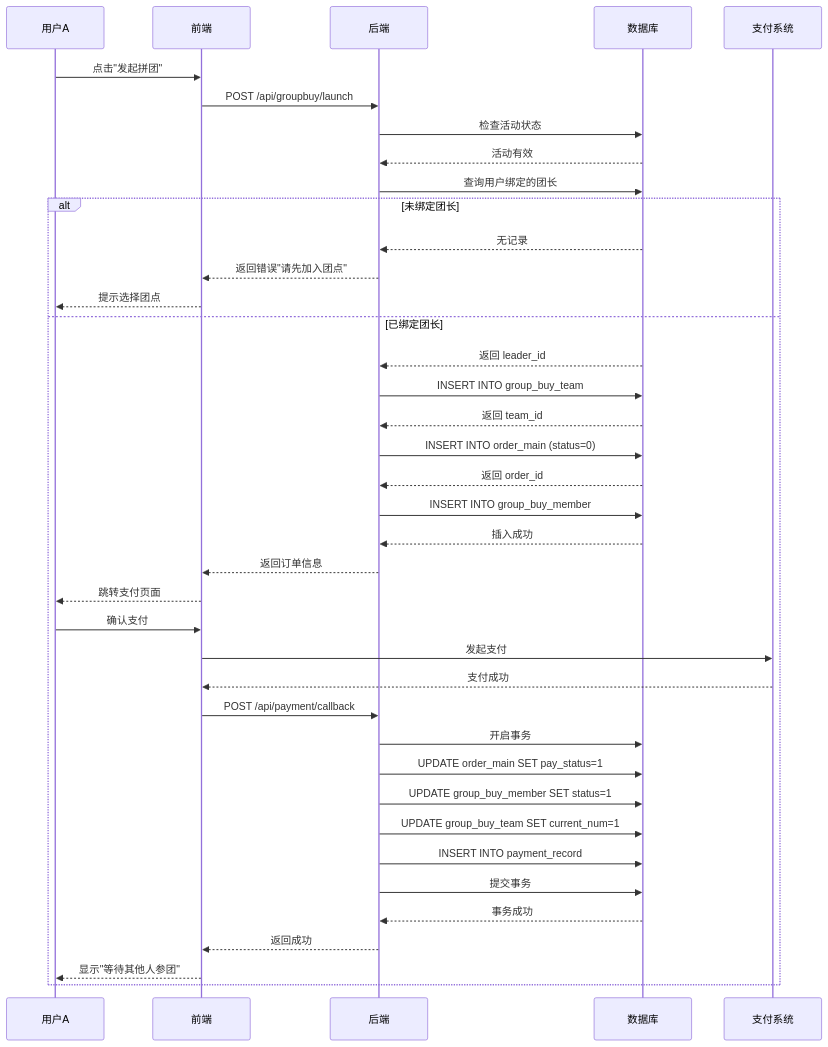
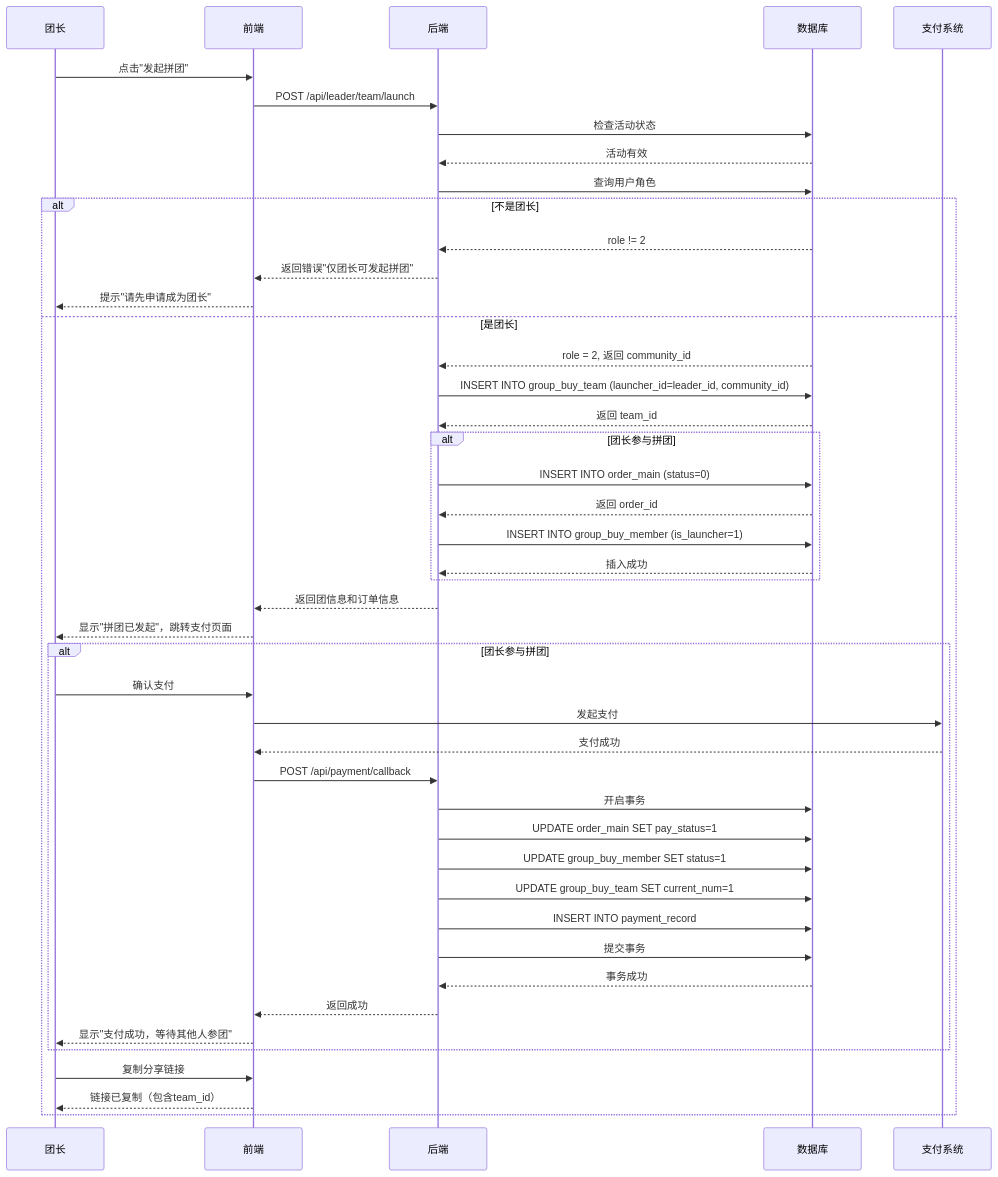
Before and after one commit to gkr185/BYSJ-gkr: the third of 10 diagrams in docs/社区团购系统/二级文档（参考）/拼团逻辑优化方案.md, drawn with Mermaid. The commit also changed other lines of this file and 34 other files, not shown here.

````diff
--- a/docs/社区团购系统/二级文档（参考）/拼团逻辑优化方案.md
+++ b/docs/社区团购系统/二级文档（参考）/拼团逻辑优化方案.md
@@ -520,58 +618,65 @@
 ```mermaid
 sequenceDiagram
-    participant U as 用户A
+    participant L as 团长
     participant F as 前端
     participant B as 后端
     participant DB as 数据库
     participant Pay as 支付系统
     
-    U->>F: 点击"发起拼团"
-    F->>B: POST /api/groupbuy/launch
+    L->>F: 点击"发起拼团"
+    F->>B: POST /api/leader/team/launch
     
     %% Step 1: 检查活动有效性
     B->>DB: 检查活动状态
     DB-->>B: 活动有效
     
-    %% Step 2: 检查用户团长绑定
-    B->>DB: 查询用户绑定的团长
-    alt 未绑定团长
-        DB-->>B: 无记录
-        B-->>F: 返回错误"请先加入团点"
-        F-->>U: 提示选择团点
-    else 已绑定团长
-        DB-->>B: 返回 leader_id
+    %% Step 2: 验证发起人是团长（v3.0新增）
+    B->>DB: 查询用户角色
+    alt 不是团长
+        DB-->>B: role != 2
+        B-->>F: 返回错误"仅团长可发起拼团"
+        F-->>L: 提示"请先申请成为团长"
+    else 是团长
+        DB-->>B: role = 2, 返回 community_id
         
-        %% Step 3: 创建团实例
-        B->>DB: INSERT INTO group_buy_team
+        %% Step 3: 创建团实例（自动关联社区）
+        B->>DB: INSERT INTO group_buy_team (launcher_id=leader_id, community_id)
         DB-->>B: 返回 team_id
         
-        %% Step 4: 创建订单
-        B->>DB: INSERT INTO order_main (status=0)
-        DB-->>B: 返回 order_id
+        %% Step 4: 创建订单（如果团长参与）
+        alt 团长参与拼团
+            B->>DB: INSERT INTO order_main (status=0)
+            DB-->>B: 返回 order_id
+            
+            %% Step 5: 记录参团
+            B->>DB: INSERT INTO group_buy_member (is_launcher=1)
+            DB-->>B: 插入成功
+        end
         
-        %% Step 5: 记录参团
-        B->>DB: INSERT INTO group_buy_member
-        DB-->>B: 插入成功
+        B-->>F: 返回团信息和订单信息
+        F-->>L: 显示"拼团已发起"，跳转支付页面
         
-        B-->>F: 返回订单信息
-        F-->>U: 跳转支付页面
+        alt 团长参与拼团
+            %% Step 6: 团长支付
+            L->>F: 确认支付
+            F->>Pay: 发起支付
+            Pay-->>F: 支付成功
+            F->>B: POST /api/payment/callback
+            
+            %% Step 7: 更新订单和参团状态
+            B->>DB: 开启事务
+            B->>DB: UPDATE order_main SET pay_status=1
+            B->>DB: UPDATE group_buy_member SET status=1
+            B->>DB: UPDATE group_buy_team SET current_num=1
+            B->>DB: INSERT INTO payment_record
+            B->>DB: 提交事务
+            DB-->>B: 事务成功
+            
+            B-->>F: 返回成功
+            F-->>L: 显示"支付成功，等待其他人参团"
+        end
         
-        %% Step 6: 用户支付
-        U->>F: 确认支付
-        F->>Pay: 发起支付
-        Pay-->>F: 支付成功
-        F->>B: POST /api/payment/callback
-        
-        %% Step 7: 更新订单和参团状态
-        B->>DB: 开启事务
-        B->>DB: UPDATE order_main SET pay_status=1
-        B->>DB: UPDATE group_buy_member SET status=1
-        B->>DB: UPDATE group_buy_team SET current_num=1
-        B->>DB: INSERT INTO payment_record
-        B->>DB: 提交事务
-        DB-->>B: 事务成功
-        
-        B-->>F: 返回成功
-        F-->>U: 显示"等待其他人参团"
+        L->>F: 复制分享链接
+        F-->>L: 链接已复制（包含team_id）
     end
 ```
````
